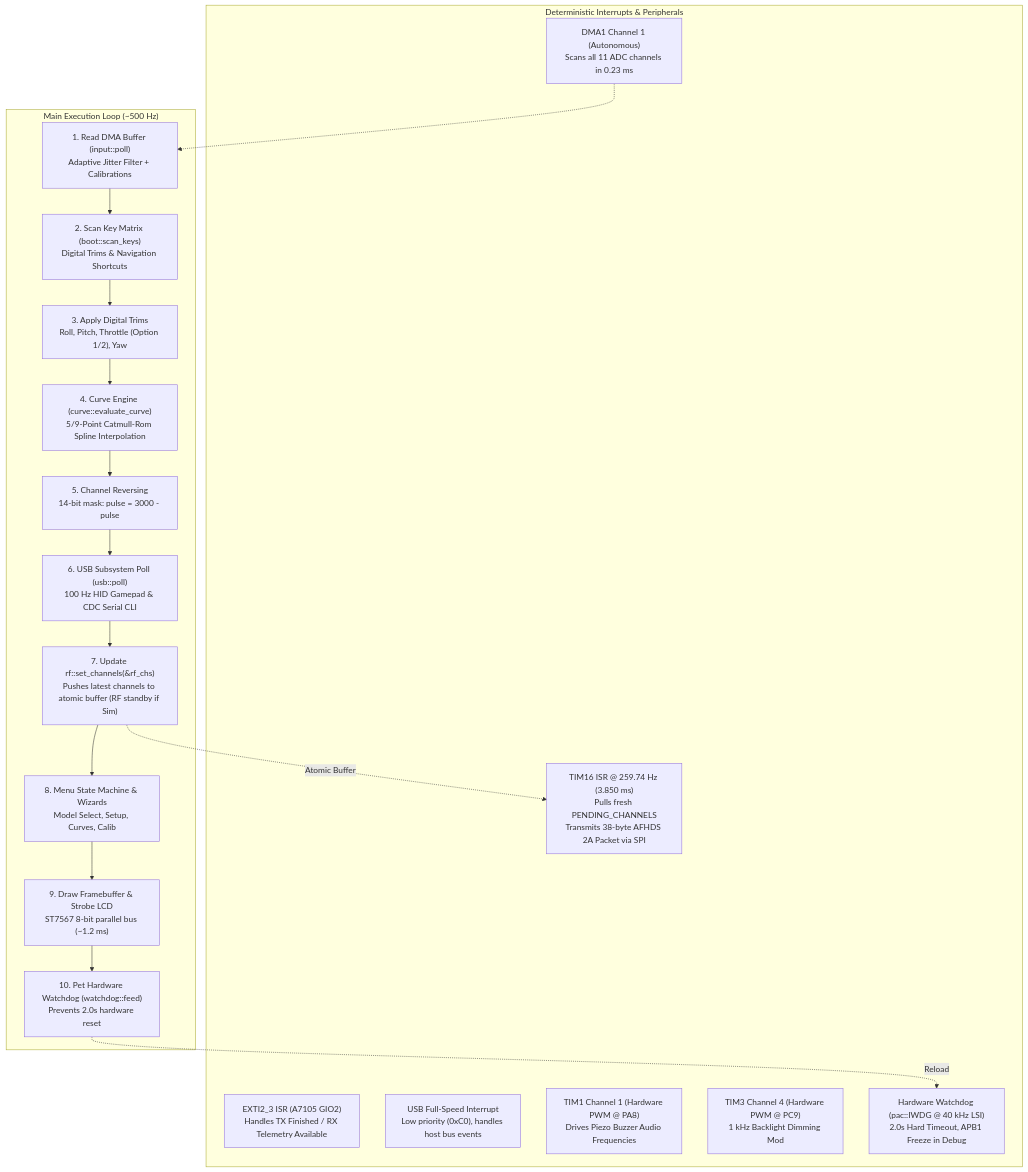
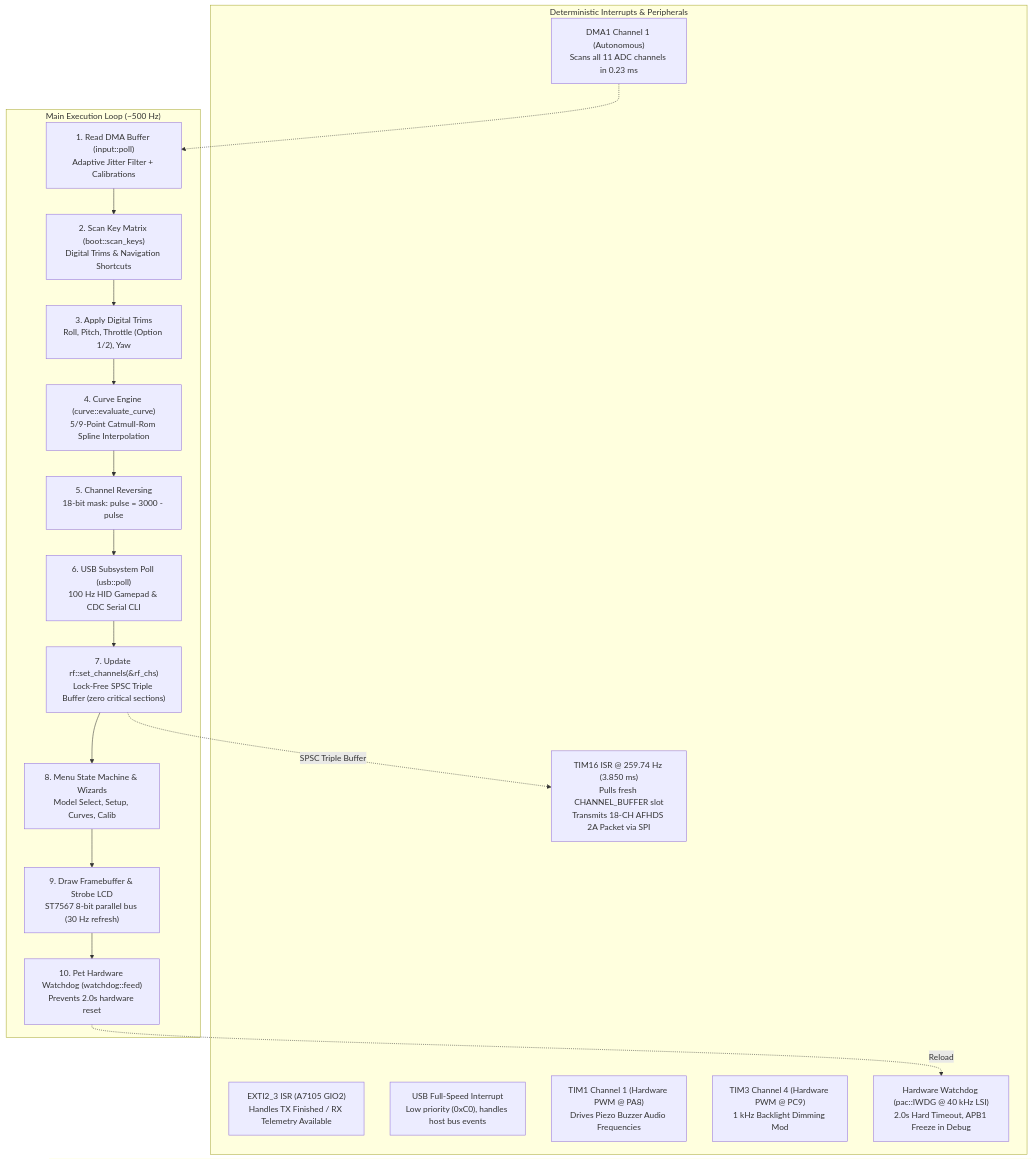
Before and after one commit to ferrox-rc/flysky-i6s-rs: the first of 2 diagrams in docs/ARCHITECTURE.md, drawn with Mermaid. The commit also changed other lines of this file and 6 other files, not shown here.

````diff
--- a/docs/ARCHITECTURE.md
+++ b/docs/ARCHITECTURE.md
@@ -23,30 +23,30 @@
 ```mermaid
 flowchart TD
     subgraph Hardware_Timers ["Deterministic Interrupts & Peripherals"]
-        TIM16["TIM16 ISR @ 259.74 Hz (3.850 ms)<br>Pulls fresh PENDING_CHANNELS<br>Transmits 38-byte AFHDS 2A Packet via SPI"]
+        TIM16["TIM16 ISR @ 259.74 Hz (3.850 ms)<br>Pulls fresh CHANNEL_BUFFER slot<br>Transmits 18-CH AFHDS 2A Packet via SPI"]
         EXTI["EXTI2_3 ISR (A7105 GIO2)<br>Handles TX Finished / RX Telemetry Available"]
         DMA["DMA1 Channel 1 (Autonomous)<br>Scans all 11 ADC channels in 0.23 ms"]
         USB_IRQ["USB Full-Speed Interrupt<br>Low priority (0xC0), handles host bus events"]
         PWM_Audio["TIM1 Channel 1 (Hardware PWM @ PA8)<br>Drives Piezo Buzzer Audio Frequencies"]
         PWM_BL["TIM3 Channel 4 (Hardware PWM @ PC9)<br>1 kHz Backlight Dimming Mod"]
         IWDG["Hardware Watchdog (pac::IWDG @ 40 kHz LSI)<br>2.0s Hard Timeout, APB1 Freeze in Debug"]
     end
 
     subgraph Main_Thread ["Main Execution Loop (~500 Hz)"]
         ADC_Poll["1. Read DMA Buffer (input::poll)<br>Adaptive Jitter Filter + Calibrations"]
         Keys["2. Scan Key Matrix (boot::scan_keys)<br>Digital Trims & Navigation Shortcuts"]
         Trims["3. Apply Digital Trims<br>Roll, Pitch, Throttle (Option 1/2), Yaw"]
         Curves["4. Curve Engine (curve::evaluate_curve)<br>5/9-Point Catmull-Rom Spline Interpolation"]
-        Rev["5. Channel Reversing<br>14-bit mask: pulse = 3000 - pulse"]
+        Rev["5. Channel Reversing<br>18-bit mask: pulse = 3000 - pulse"]
         USB_Poll["6. USB Subsystem Poll (usb::poll)<br>100 Hz HID Gamepad & CDC Serial CLI"]
-        RF_Update["7. Update rf::set_channels(&rf_chs)<br>Pushes latest channels to atomic buffer (RF standby if Sim)"]
+        RF_Update["7. Update rf::set_channels(&rf_chs)<br>Lock-Free SPSC Triple Buffer (zero critical sections)"]
         Menu_Router["8. Menu State Machine & Wizards<br>Model Select, Setup, Curves, Calib"]
-        LCD_Draw["9. Draw Framebuffer & Strobe LCD<br>ST7567 8-bit parallel bus (~1.2 ms)"]
+        LCD_Draw["9. Draw Framebuffer & Strobe LCD<br>ST7567 8-bit parallel bus (30 Hz refresh)"]
         WDT_Feed["10. Pet Hardware Watchdog (watchdog::feed)<br>Prevents 2.0s hardware reset"]
     end
 
     DMA -.-> ADC_Poll
     ADC_Poll --> Keys --> Trims --> Curves --> Rev --> USB_Poll --> RF_Update --> Menu_Router --> LCD_Draw --> WDT_Feed
-    RF_Update -. Atomic Buffer .-> TIM16
+    RF_Update -. SPSC Triple Buffer .-> TIM16
     WDT_Feed -. Reload .-> IWDG
 ```
````
